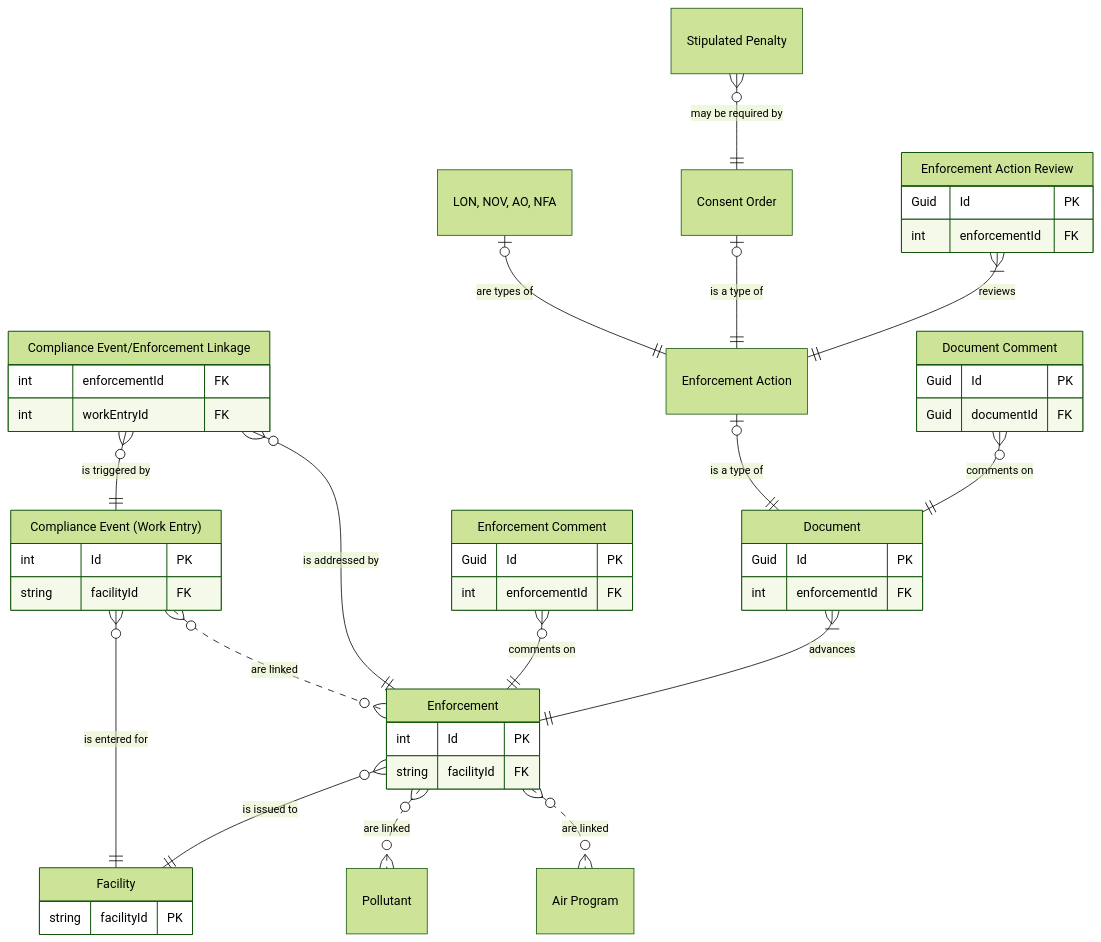
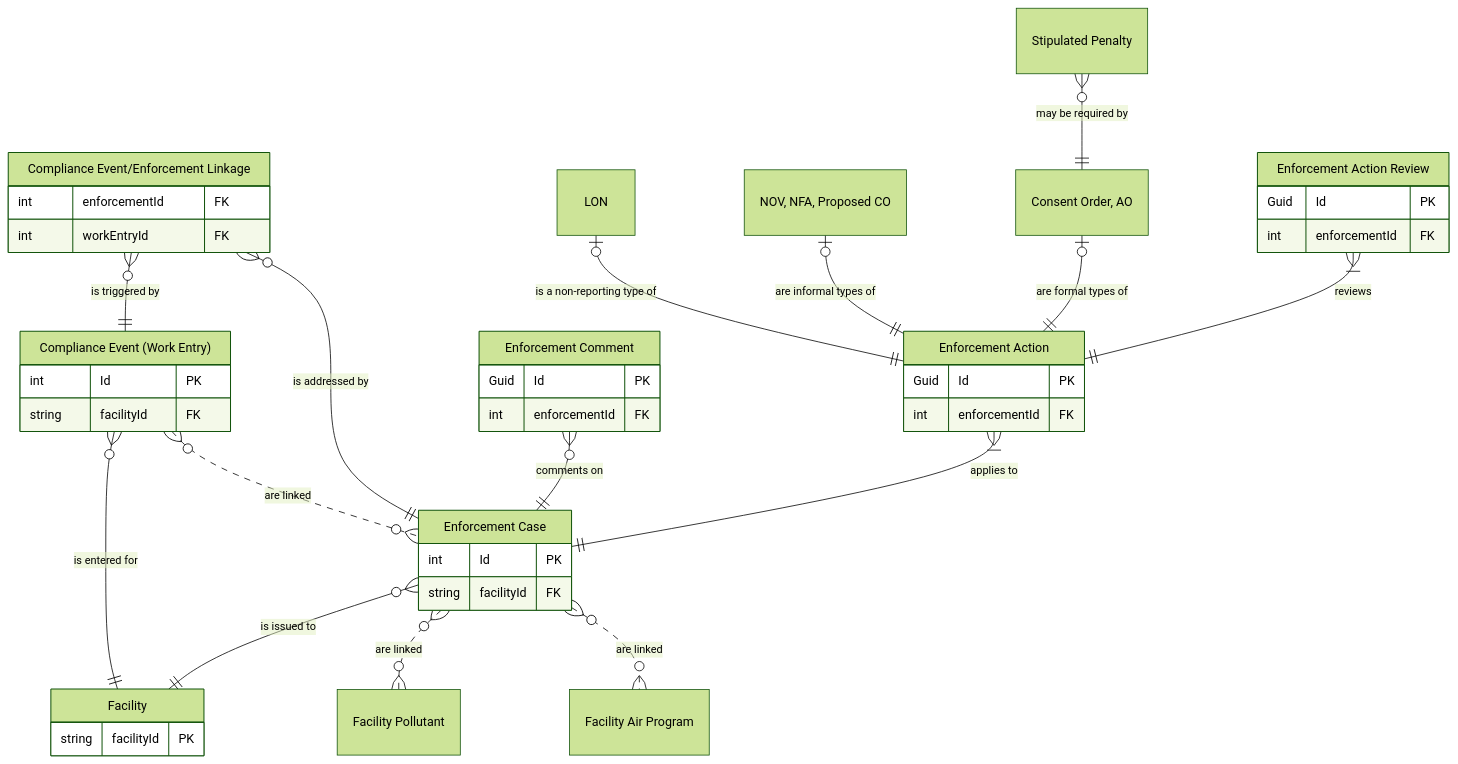
One commit to gaepdit/air-web changed the diagram in docs/Data-entities/Enforcement-ERD.md. Above: the diagram before and after it, drawn with Mermaid (forest theme). The commit also changed other lines of this file and 17 other files, not shown here.

Commit message:
Add Enforcement Case entity

````diff
--- a/docs/Data-entities/Enforcement-ERD.md
+++ b/docs/Data-entities/Enforcement-ERD.md
@@ -3,72 +3,58 @@
 ```mermaid
 erDiagram
     FAC["Facility"] {
         string facilityId PK
     }
 
     CWE["Compliance Event (Work Entry)"] {
         int Id PK
         string facilityId FK
     }
 
-    ENF["Enforcement"] {
+    ENF["Enforcement Case"] {
         int Id PK
         string facilityId FK
     }
 
     LNK["Compliance Event/Enforcement Linkage"] {
         int enforcementId FK
         int workEntryId FK
     }
 
     CTE["Enforcement Comment"] {
         Guid Id PK
         int enforcementId FK
     }
 
-    DOC["Document"] {
+    ACT["Enforcement Action"] {
         Guid Id PK
         int enforcementId FK
     }
-
-    ACT["Enforcement Action"]
 
     REV["Enforcement Action Review"] {
         Guid Id PK
         int enforcementId FK
     }
 
-    CTA["Document Comment"] {
-        Guid Id PK
-        Guid documentId FK
-    }
-
-    EAO["LON, NOV, AO, NFA"]
-    CO["Consent Order"]
-    POL["Pollutant"]
-    PGM["Air Program"]
+    NEA["LON"]
+    IEA["NOV, NFA, Proposed CO"]
+    FEA["Consent Order, AO"]
+    POL["Facility Pollutant"]
+    PGM["Facility Air Program"]
     STP["Stipulated Penalty"]
-
     CWE }o--|| FAC: "is entered for"
     ENF }o--|| FAC: "is issued to"
-
     CWE }o..o{ ENF: "are linked"
     LNK }o--|| CWE: "is triggered by"
     LNK }o--|| ENF: "is addressed by"
-
     CTE }o--|| ENF: "comments on"
-    DOC }|--|| ENF: "advances"
-    ACT |o--|| DOC: "is a type of"
-
+    ACT }|--|| ENF: "applies to"
     ENF }o..o{ POL: "are linked"
     ENF }o..o{ PGM: "are linked"
-
-    EAO |o--|| ACT: "are types of"
-    CO |o--|| ACT: "is a type of"
+    NEA |o--|| ACT: "is a non-reporting type of"
+    IEA |o--|| ACT: "are informal types of"
+    FEA |o--|| ACT: "are formal types of"
     REV }|--|| ACT: "reviews"
-    
-    CTA }o--|| DOC: "comments on"
-
-    STP }o--|| CO: "may be required by"
+    STP }o--|| FEA: "may be required by"
 
 ```
````
